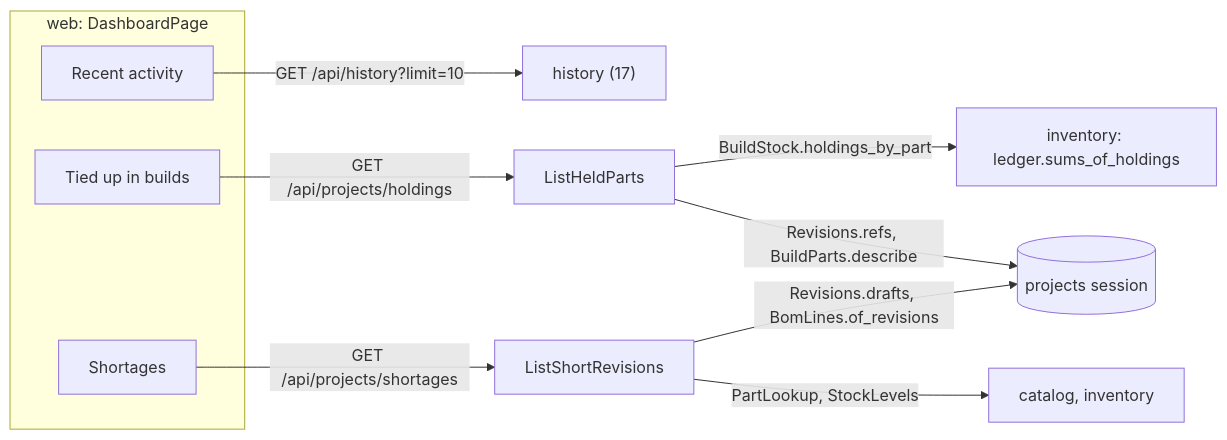
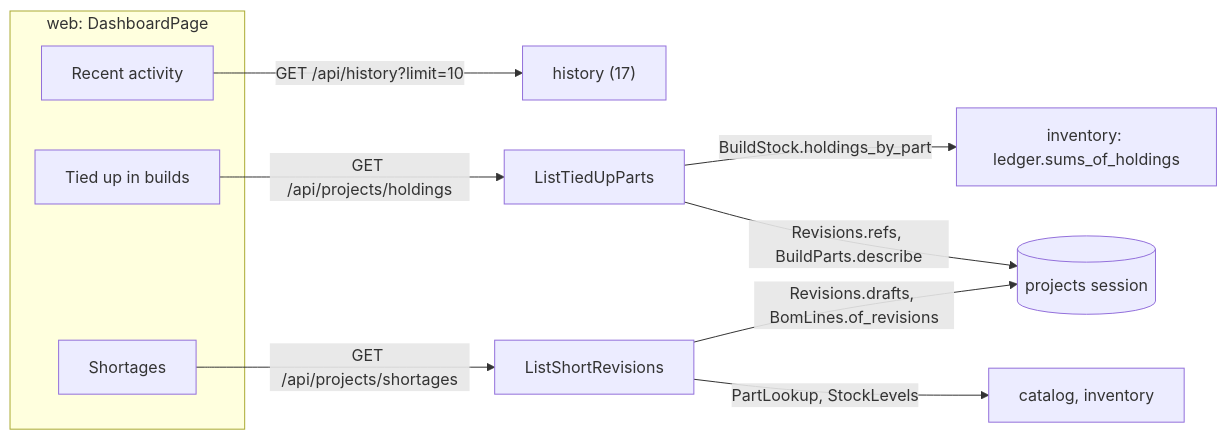
One commit to vinicius-cardoso/wiredex changed the diagram in .kiro/specs/18-dashboard/design.md. Above: the diagram before and after it, drawn with Mermaid. The commit also changed other lines of this file and 23 other files, not shown here.

Commit message:
feat(projects): list the parts tied up in builds across the workspace

````diff
--- a/.kiro/specs/18-dashboard/design.md
+++ b/.kiro/specs/18-dashboard/design.md
@@ -67,15 +70,15 @@
 ```mermaid
 flowchart LR
     subgraph web["web: DashboardPage"]
         RA["Recent activity"]
         HP["Tied up in builds"]
         SH["Shortages"]
     end
     RA -->|"GET /api/history?limit=10"| HIS["history (17)"]
-    HP -->|"GET /api/projects/holdings"| LHP["ListHeldParts"]
+    HP -->|"GET /api/projects/holdings"| LHP["ListTiedUpParts"]
     SH -->|"GET /api/projects/shortages"| LSR["ListShortRevisions"]
     LHP -->|"BuildStock.holdings_by_part"| INV["inventory: ledger.sums_of_holdings"]
     LHP -->|"Revisions.refs, BuildParts.describe"| PRJ[(projects session)]
     LSR -->|"Revisions.drafts, BomLines.of_revisions"| PRJ
     LSR -->|"PartLookup, StockLevels"| CAT["catalog, inventory"]
 ```
````
